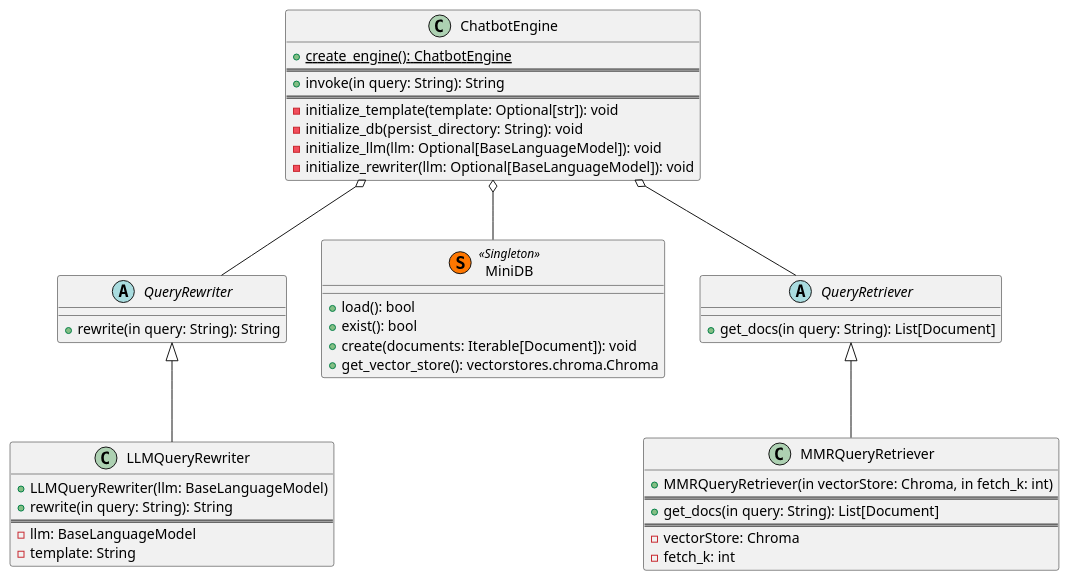
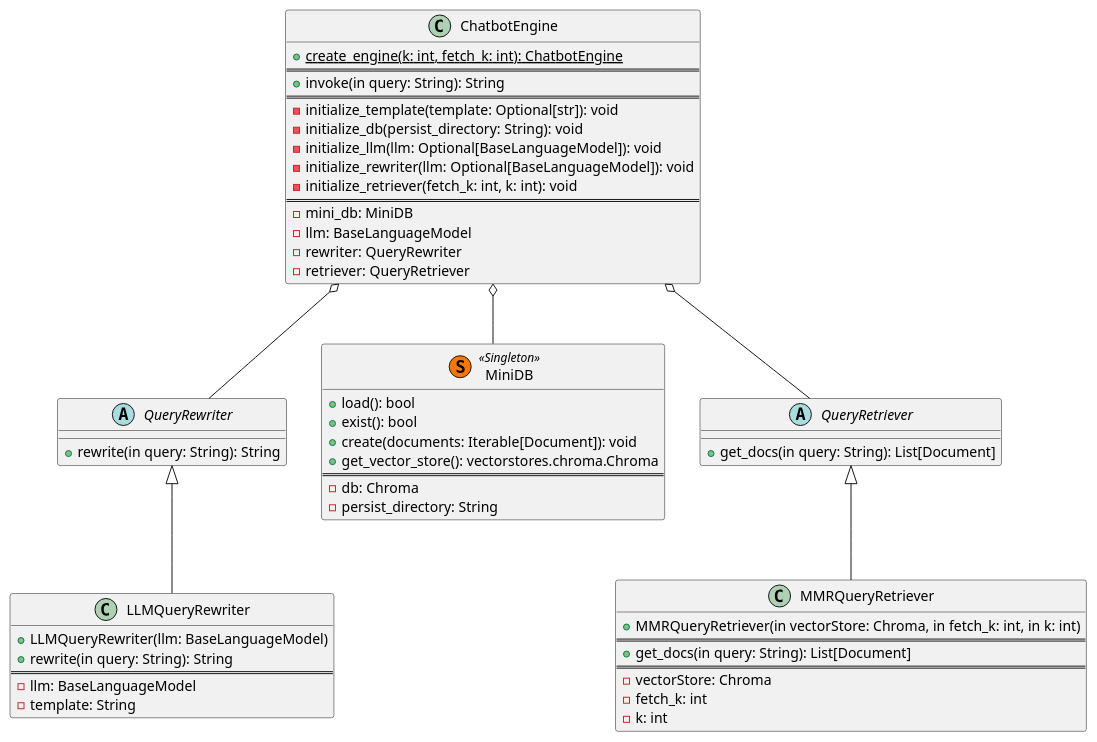
One commit to SirArt25/ChatMate changed the diagram in uml_diagrams/project.puml. Above: the diagram before and after it, drawn with PlantUML. The commit also changed 2 other files, not shown here.

```diff
--- a/uml_diagrams/project.puml
+++ b/uml_diagrams/project.puml
@@ -1,59 +1,69 @@
 @startuml
 
 
 abstract class QueryRewriter {
     + rewrite(in query: String): String
 }
 
 class LLMQueryRewriter {
     + LLMQueryRewriter(llm: BaseLanguageModel)
     + rewrite(in query: String): String
     ===
     - llm: BaseLanguageModel
     - template: String
 }
 
 
 class ChatbotEngine {
-    + {static} create_engine(): ChatbotEngine
+    + {static} create_engine(k: int, fetch_k: int): ChatbotEngine
     ===
     + invoke(in query: String): String
     ===
     - initialize_template(template: Optional[str]): void
     - initialize_db(persist_directory: String): void
     - initialize_llm(llm: Optional[BaseLanguageModel]): void
     - initialize_rewriter(llm: Optional[BaseLanguageModel]): void
+    - initialize_retriever(fetch_k: int, k: int): void
+    ===
+    - mini_db: MiniDB
+    - llm: BaseLanguageModel
+    - rewriter: QueryRewriter
+    - retriever: QueryRetriever
 }
 
 
 class MiniDB  << (S,#FF7700) Singleton >> {
     + load(): bool
     + exist(): bool
     + create(documents: Iterable[Document]): void
     + get_vector_store(): vectorstores.chroma.Chroma
+    ===
+    - db: Chroma
+    - persist_directory: String
 }
 
 
 
 QueryRewriter <|-- LLMQueryRewriter
 QueryRetriever <|-- MMRQueryRetriever
 
 ChatbotEngine o-- QueryRewriter
 ChatbotEngine o-- MiniDB
 ChatbotEngine o-- QueryRetriever
 
 
 
 
 abstract class QueryRetriever {
     + get_docs(in query: String): List[Document]
 }
 class MMRQueryRetriever {
-    + MMRQueryRetriever(in vectorStore: Chroma, in fetch_k: int)
+    + MMRQueryRetriever(in vectorStore: Chroma, in fetch_k: int, in k: int)
     ===
     + get_docs(in query: String): List[Document]
     ===
     - vectorStore: Chroma
     - fetch_k: int
+    - k: int
 }
 @enduml
```
